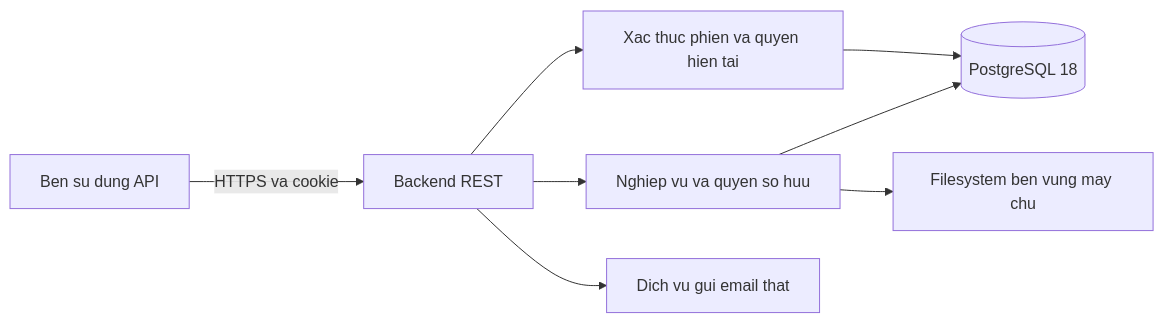
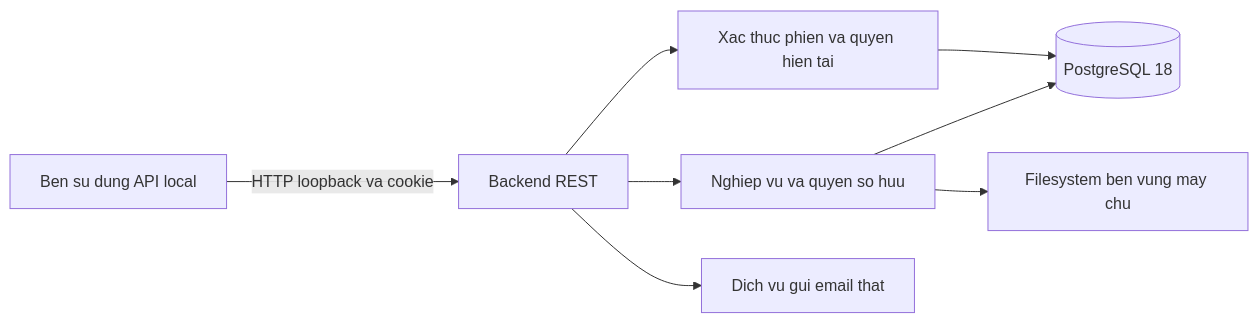
One commit to Mingxin2811/Mucsic-Podcast-Project changed the diagram in docs/architecture/overview.md. Above: the diagram before and after it, drawn with Mermaid. The commit also changed other lines of this file and 36 other files, not shown here.

Commit message:
docs: update API contracts and local MVP scope

````diff
--- a/docs/architecture/overview.md
+++ b/docs/architecture/overview.md
@@ -7,10 +7,10 @@
 ```mermaid
 flowchart LR
-    C[Ben su dung API] -->|HTTPS va cookie| B[Backend REST]
+    C[Ben su dung API local] -->|HTTP loopback va cookie| B[Backend REST]
     B --> A[Xac thuc phien va quyen hien tai]
     B --> N[Nghiep vu va quyen so huu]
     A --> D[(PostgreSQL 18)]
     N --> D
     N --> M[Filesystem ben vung may chu]
     B --> E[Dich vu gui email that]
 ```
````
